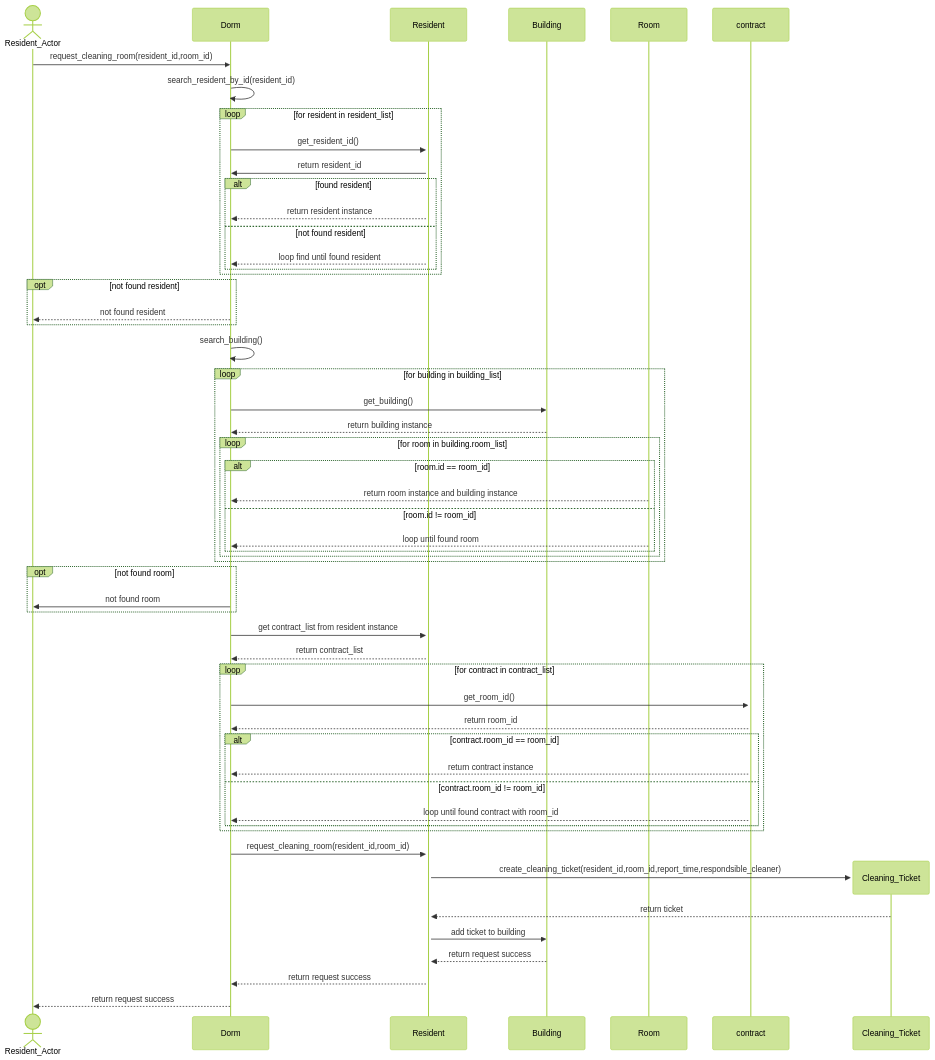
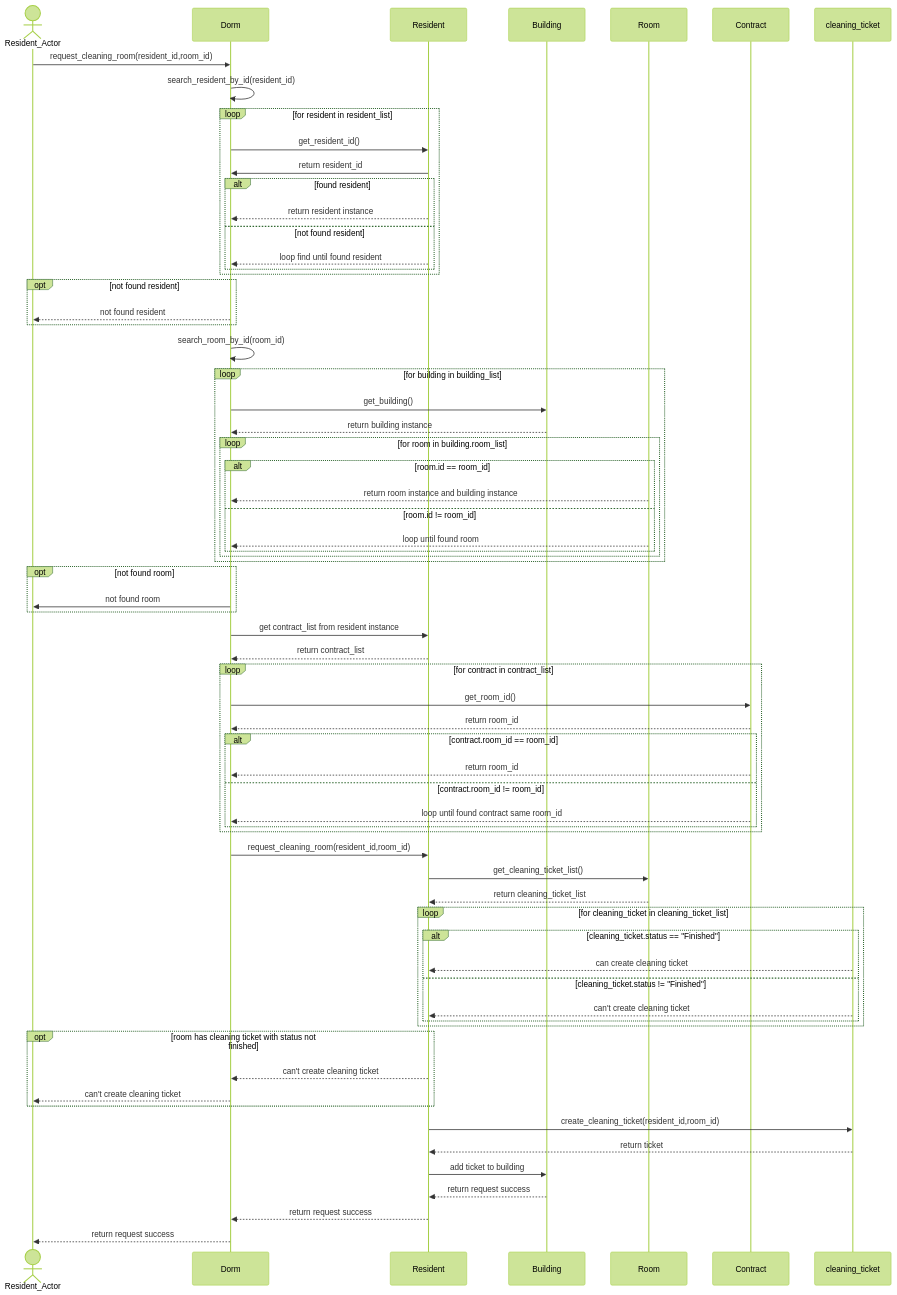
The diagram in sequence/request_cleaning_room/request_cleaning_room.mmd (rnjjkk/Ducky-Dicka), drawn with Mermaid before and after one commit.

Commit message:
edit cleaning ticket loop

```diff
--- a/sequence/request_cleaning_room/request_cleaning_room.mmd
+++ b/sequence/request_cleaning_room/request_cleaning_room.mmd
@@ -1,78 +1,94 @@
 %%{init: {"theme": "forest"}}%%
 sequenceDiagram
     %% participant
     actor resAc as Resident_Actor
     participant d as Dorm
     participant res as Resident
     participant b as Building
     participant room as Room
+    participant contract as Contract
 
     resAc ->> d:request_cleaning_room(resident_id,room_id)
 
     d ->> d:search_resident_by_id(resident_id)
 
     loop for resident in resident_list
 
-        d ->> +res:get_resident_id()
+        d ->> res:get_resident_id()
         res ->> d:return resident_id
 
         alt found resident
             res -->> d:return resident instance
         else not found resident
             res -->> d:loop find until found resident
         end
 
     end
 
     opt not found resident
         d -->> resAc:not found resident
     end
 
-    d ->> d:search_building()
+    d ->> d:search_room_by_id(room_id)
 
     loop for building in building_list
     
         d ->> b:get_building()
         b -->> d:return building instance
 
         loop for room in building.room_list
         
             alt room.id == room_id
                 room -->> d:return room instance and building instance
             else room.id != room_id
                 room -->>d:loop until found room
 
             end
         end
     end
 
     opt not found room
         d ->> resAc:not found room
     end
 
     d ->> res:get contract_list from resident instance
     res -->> d:return contract_list
 
     loop for contract in contract_list
 
-        d ->> +contract:get_room_id()
+        d ->> contract:get_room_id()
         contract -->> d:return room_id
 
         alt contract.room_id == room_id
-            contract -->> d:return contract instance
+            contract -->> d:return room_id
         else contract.room_id != room_id
-            contract -->> d:loop until found contract with room_id
+            contract -->> d:loop until found contract same room_id
         end
     
     end
     
+    d ->> res:request_cleaning_room(resident_id,room_id)
+    res ->> room:get_cleaning_ticket_list()
+    room -->> res:return cleaning_ticket_list
     
+    loop for cleaning_ticket in cleaning_ticket_list
 
-    d ->> res:request_cleaning_room(resident_id,room_id)
-    create participant cleaning_ticket as Cleaning_Ticket
-    res ->> cleaning_ticket:create_cleaning_ticket(resident_id,room_id,report_time,respondsible_cleaner)
+        alt cleaning_ticket.status == "Finished"
+            cleaning_ticket -->> res:can create cleaning ticket
+        else cleaning_ticket.status != "Finished"
+            cleaning_ticket -->> res:can't create cleaning ticket
+        end
+
+    end
+    
+    opt room has cleaning ticket with status not finished
+        res -->> d:can't create cleaning ticket
+        d -->> resAc:can't create cleaning ticket
+    end
+    
+    res ->> cleaning_ticket:create_cleaning_ticket(resident_id,room_id)
     cleaning_ticket -->> res:return ticket 
     res ->> b:add ticket to building
     b -->> res:return request success
     res -->> d:return request success
     d -->> resAc:return request success
```
